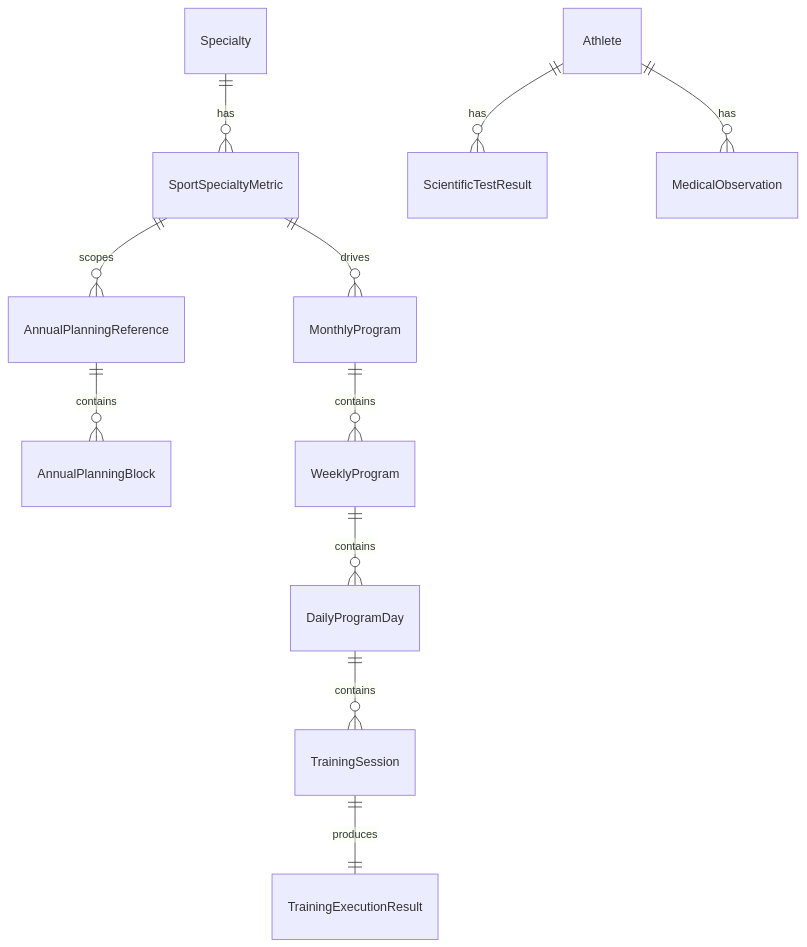
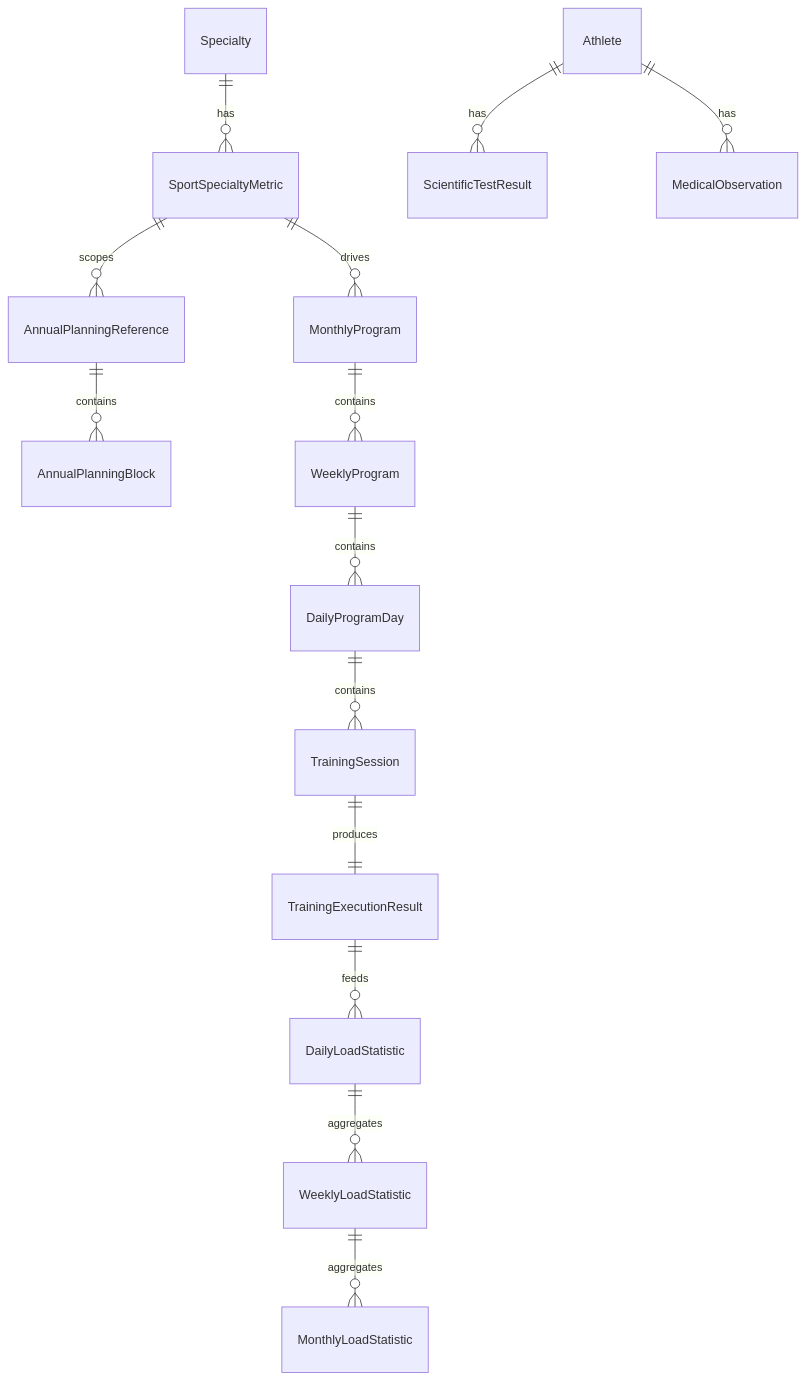
Before and after one commit to salahAbdellaoui/ElitPlanning-ProgrammingModule: the diagram in docs/planning-programming-axis/planning-programming-axis-blueprint.md, drawn with Mermaid. The commit also changed other lines of this file, not shown here.

Commit message:
Update blueprint: Add athlete load rating (0-10), load statistics calculations, and Results/Statistics module

````diff
--- a/docs/planning-programming-axis/planning-programming-axis-blueprint.md
+++ b/docs/planning-programming-axis/planning-programming-axis-blueprint.md
@@ -384,13 +464,16 @@
 ```mermaid
 erDiagram
     Specialty ||--o{ SportSpecialtyMetric : has
     SportSpecialtyMetric ||--o{ AnnualPlanningReference : scopes
     SportSpecialtyMetric ||--o{ MonthlyProgram : drives
     AnnualPlanningReference ||--o{ AnnualPlanningBlock : contains
     MonthlyProgram ||--o{ WeeklyProgram : contains
     WeeklyProgram ||--o{ DailyProgramDay : contains
     DailyProgramDay ||--o{ TrainingSession : contains
     TrainingSession ||--|| TrainingExecutionResult : produces
     Athlete ||--o{ ScientificTestResult : has
     Athlete ||--o{ MedicalObservation : has
+    TrainingExecutionResult ||--o{ DailyLoadStatistic : feeds
+    DailyLoadStatistic ||--o{ WeeklyLoadStatistic : aggregates
+    WeeklyLoadStatistic ||--o{ MonthlyLoadStatistic : aggregates
 ```
````
